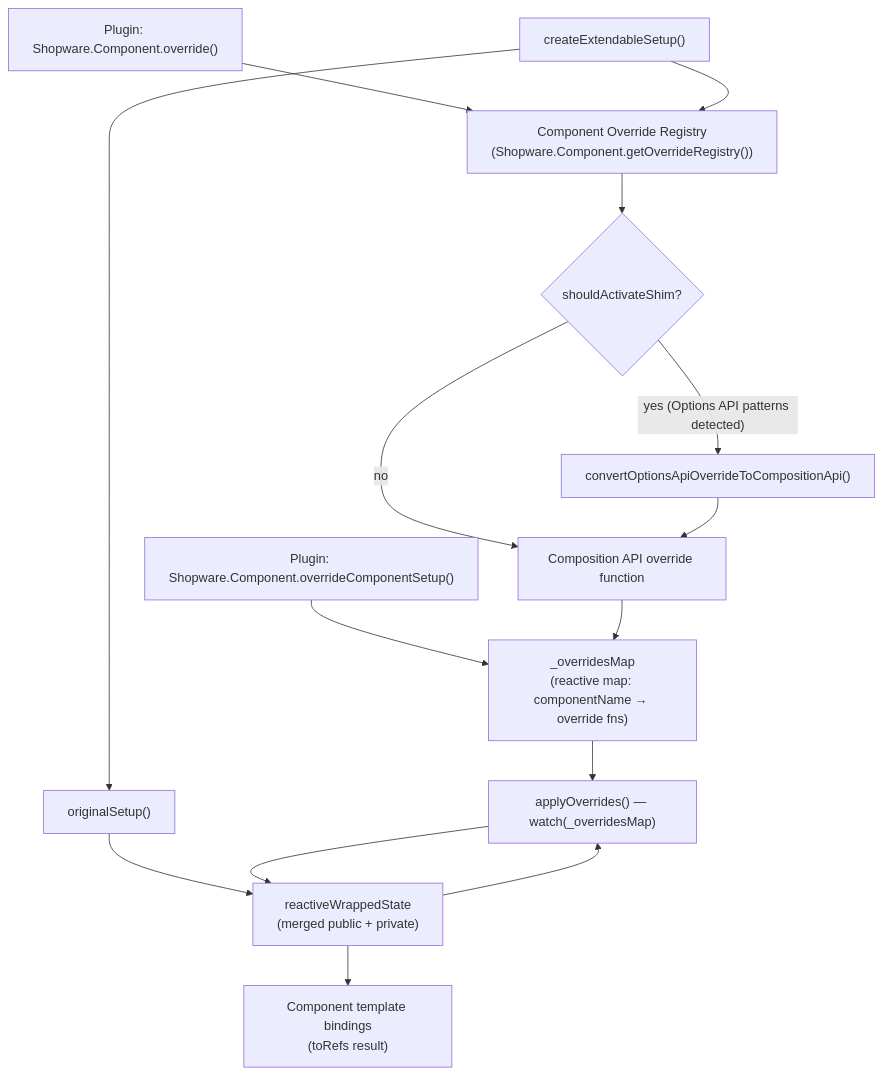
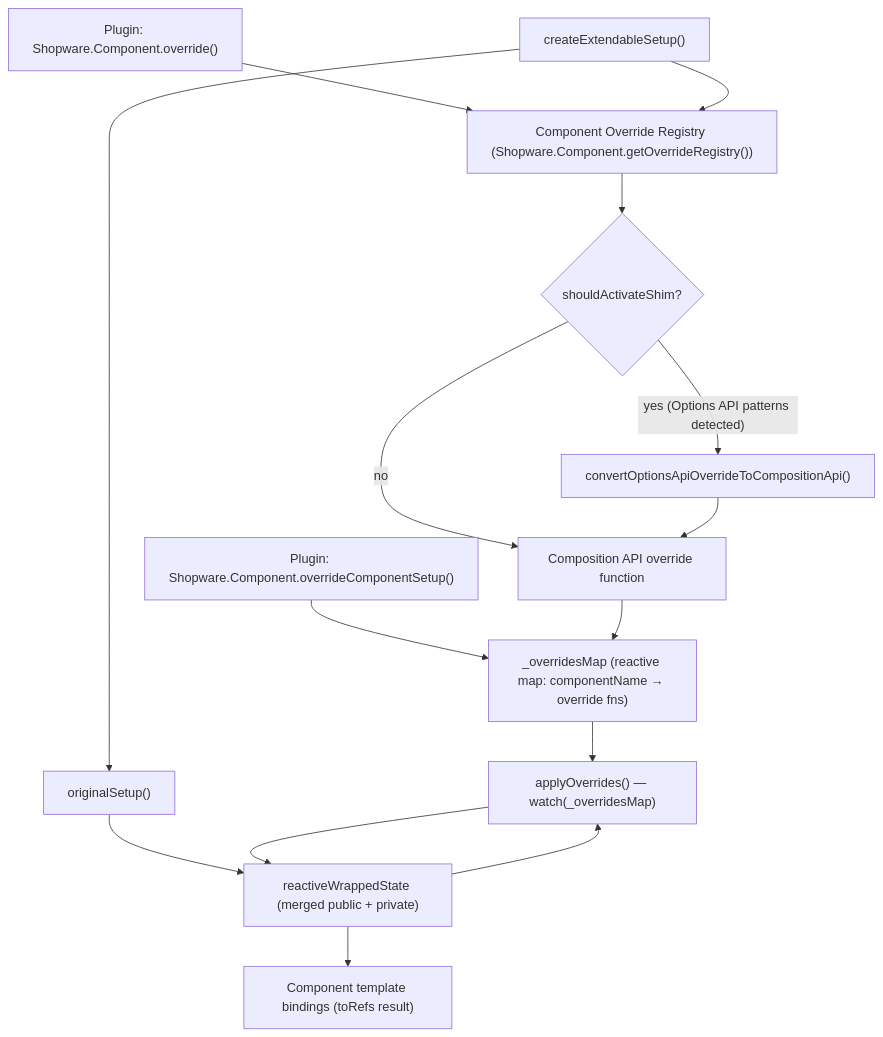
One commit to shopware/shopware changed the diagram in src/Administration/Resources/app/administration/technical-docs/03-extensibility/04-composition-extension-system.md. Above: the diagram before and after it, drawn with Mermaid.

Commit message:
docs: replace n characters with space

````diff
--- a/src/Administration/Resources/app/administration/technical-docs/03-extensibility/04-composition-extension-system.md
+++ b/src/Administration/Resources/app/administration/technical-docs/03-extensibility/04-composition-extension-system.md
@@ -16,30 +16,30 @@
 ```mermaid
 flowchart TD
     pluginOptions["Plugin: Shopware.Component.override()"]
     pluginComposition["Plugin: Shopware.Component.overrideComponentSetup()"]
-    overrideRegistry["Component Override Registry\n(Shopware.Component.getOverrideRegistry())"]
-    overridesMap["_overridesMap\n(reactive map: componentName → override fns)"]
+    overrideRegistry["Component Override Registry (Shopware.Component.getOverrideRegistry())"]
+    overridesMap["_overridesMap (reactive map: componentName → override fns)"]
     shimCheck{"shouldActivateShim?"}
     shimConvert["convertOptionsApiOverrideToCompositionApi()"]
     compositionFn["Composition API override function"]
     createExtendable["createExtendableSetup()"]
     originalSetup["originalSetup()"]
-    reactiveState["reactiveWrappedState\n(merged public + private)"]
+    reactiveState["reactiveWrappedState (merged public + private)"]
     applyOverrides["applyOverrides() — watch(_overridesMap)"]
-    templateOutput["Component template bindings\n(toRefs result)"]
+    templateOutput["Component template bindings (toRefs result)"]
 
     pluginOptions --> overrideRegistry
     pluginComposition --> overridesMap
     createExtendable --> originalSetup
     originalSetup --> reactiveState
     createExtendable --> overrideRegistry
     overrideRegistry --> shimCheck
     shimCheck -- "yes (Options API patterns detected)" --> shimConvert
     shimCheck -- "no" --> compositionFn
     shimConvert --> compositionFn
     compositionFn --> overridesMap
     overridesMap --> applyOverrides
     reactiveState --> applyOverrides
     applyOverrides --> reactiveState
     reactiveState --> templateOutput
 ```
````
